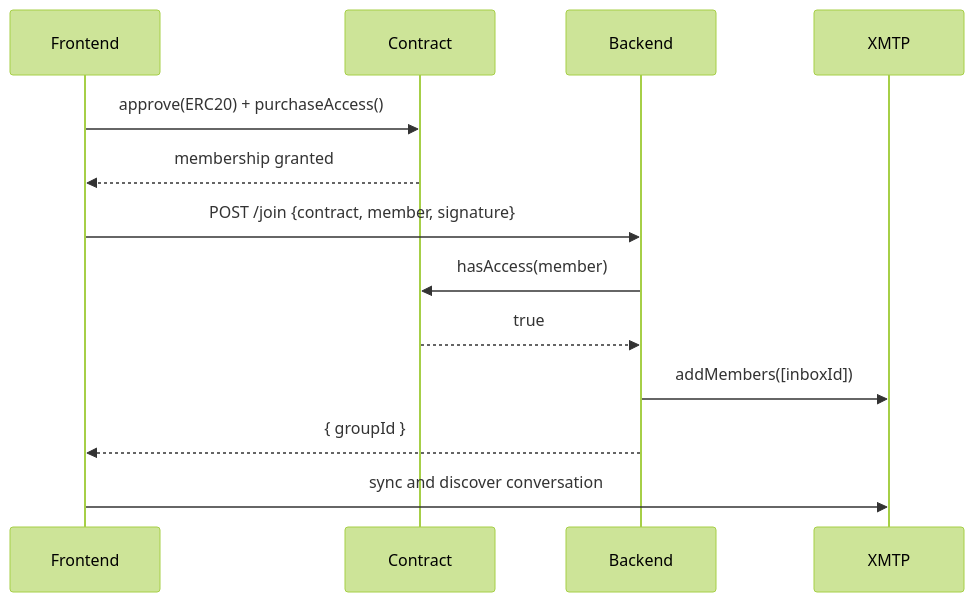
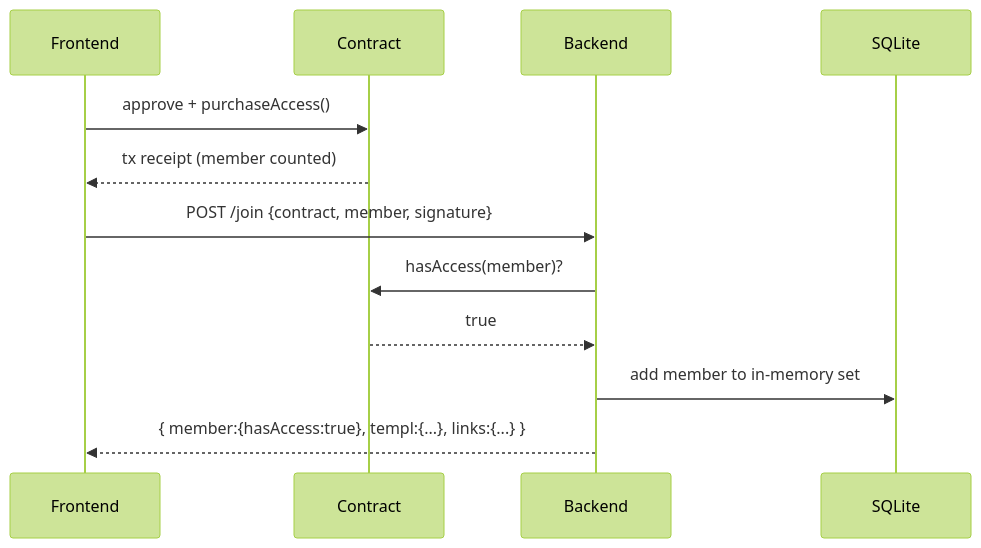
The fourth of 10 diagrams in docs/CORE_FLOW_DOCS.MD (templ-fun/templ-evm-protocol), drawn with Mermaid (forest theme) before and after one commit. The commit also changed other lines of this file and 83 other files, not shown here.

````diff
--- a/docs/CORE_FLOW_DOCS.MD
+++ b/docs/CORE_FLOW_DOCS.MD
@@ -61,15 +56,14 @@
 ```mermaid
 sequenceDiagram
     participant F as Frontend
     participant C as Contract
     participant B as Backend
-    participant X as XMTP
-    F->>C: approve(ERC20) + purchaseAccess()
-    C-->>F: membership granted
+    participant D as SQLite
+    F->>C: approve + purchaseAccess()
+    C-->>F: tx receipt (member counted)
     F->>B: POST /join {contract, member, signature}
-    B->>C: hasAccess(member)
+    B->>C: hasAccess(member)?
     C-->>B: true
-    B->>X: addMembers([inboxId])
-    B-->>F: { groupId }
-    F->>X: sync and discover conversation
+    B->>D: add member to in-memory set
+    B-->>F: { member:{hasAccess:true}, templ:{...}, links:{...} }
 ```
````
